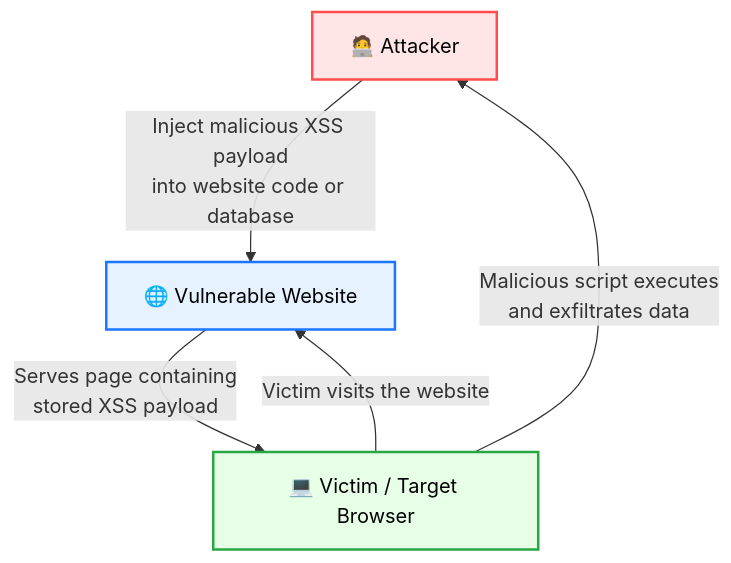
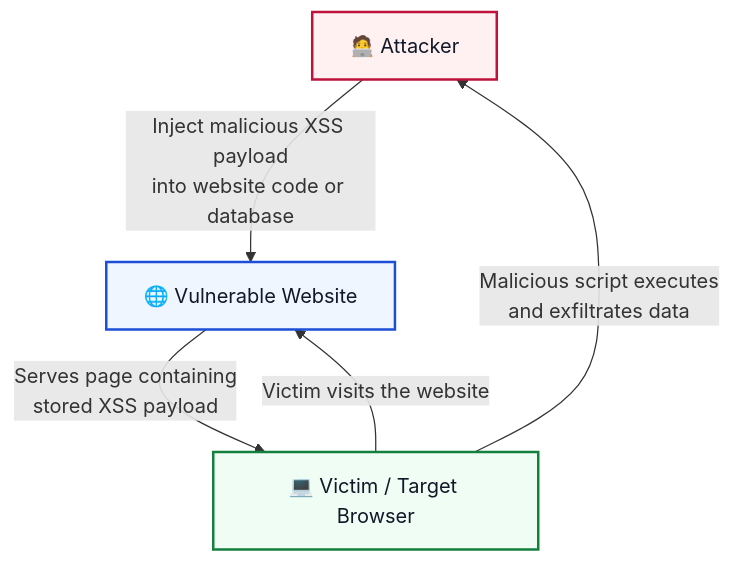
The second of 3 diagrams in content/Initial Access/OWASP/XSS/XSS.md (adolfcna/ATTvDEF), drawn with Mermaid before and after one commit. The commit also changed other lines of this file, not shown here.

Commit message:
vault backup: 2026-07-06 23:42:35

````diff
--- a/content/Initial Access/OWASP/XSS/XSS.md
+++ b/content/Initial Access/OWASP/XSS/XSS.md
@@ -68,25 +68,26 @@
 ```mermaid
 flowchart TD
 
 Attacker["🧑‍💻 Attacker"]
 Website["🌐 Vulnerable Website"]
 Victim["💻 Victim / Target Browser"]
 
 Attacker -->| Inject malicious XSS payload<br>into website code or database| Website
 
 Victim -->| Victim visits the website| Website
 
 Website -->|Serves page containing<br>stored XSS payload| Victim
 
 Victim -->| Malicious script executes<br>and exfiltrates data| Attacker
 
 
-classDef attacker fill:#ffe5e5,stroke:#ff4d4d,stroke-width:2px,color:#000;
-classDef server fill:#e6f2ff,stroke:#1a75ff,stroke-width:2px,color:#000;
-classDef victim fill:#e6ffe6,stroke:#28a745,stroke-width:2px,color:#000;
+classDef attacker fill:#FFF1F2,stroke:#BE123C,stroke-width:2px,color:#111827  
+classDef victim fill:#F0FDF4,stroke:#15803D,stroke-width:2px,color:#111827  
+classDef server fill:#EFF6FF,stroke:#1D4ED8,stroke-width:2px,color:#111827
+
 
 class Attacker attacker;
 class Website server;
 class Victim victim;
 
 ```
````
